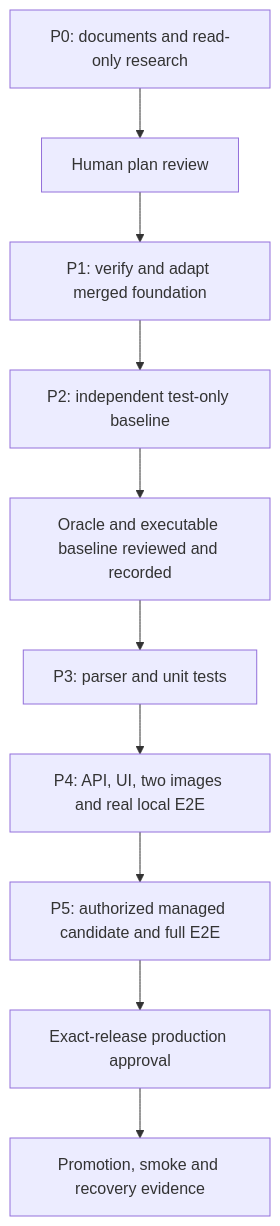
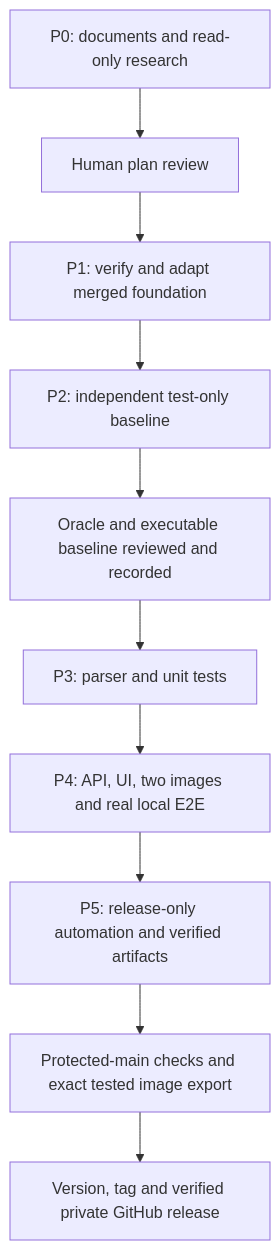
One commit to brobro10000/mp3-frame-counter changed the second of 2 diagrams in docs/architecture/v1.md. Above: the diagram before and after it, drawn with Mermaid. The commit also changed other lines of this file and 94 other files, not shown here.

Commit message:
[MVP P3-P5] Implement MP3 app and release tested artifacts without deployment (#5)

````diff
--- a/docs/architecture/v1.md
+++ b/docs/architecture/v1.md
@@ -119,12 +98,12 @@
 ```mermaid
 flowchart TD
     P0["P0: documents and read-only research"] --> R0["Human plan review"]
     R0 --> P1["P1: verify and adapt merged foundation"]
     P1 --> P2["P2: independent test-only baseline"]
     P2 --> B["Oracle and executable baseline reviewed and recorded"]
     B --> P3["P3: parser and unit tests"]
     P3 --> P4["P4: API, UI, two images and real local E2E"]
-    P4 --> P5["P5: authorized managed candidate and full E2E"]
-    P5 --> G["Exact-release production approval"]
-    G --> PROD["Promotion, smoke and recovery evidence"]
+    P4 --> P5["P5: release-only automation and verified artifacts"]
+    P5 --> G["Protected-main checks and exact tested image export"]
+    G --> REL["Version, tag and verified private GitHub release"]
 ```
````
